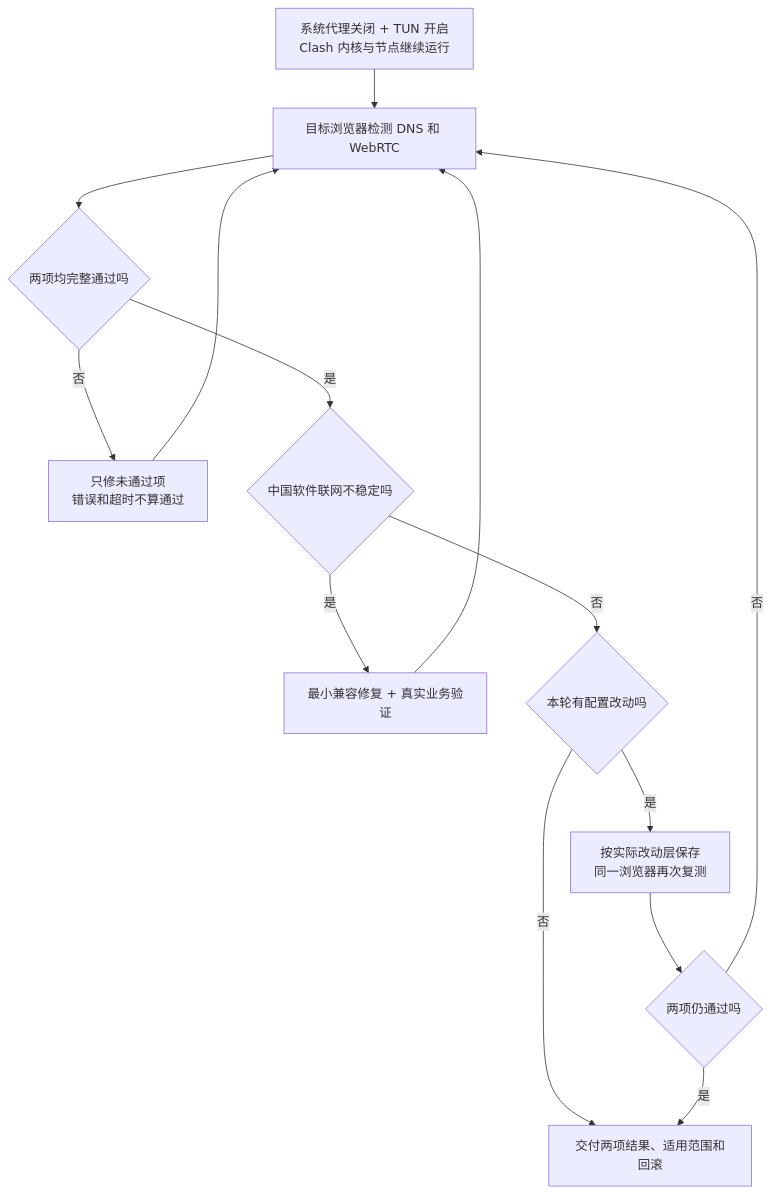
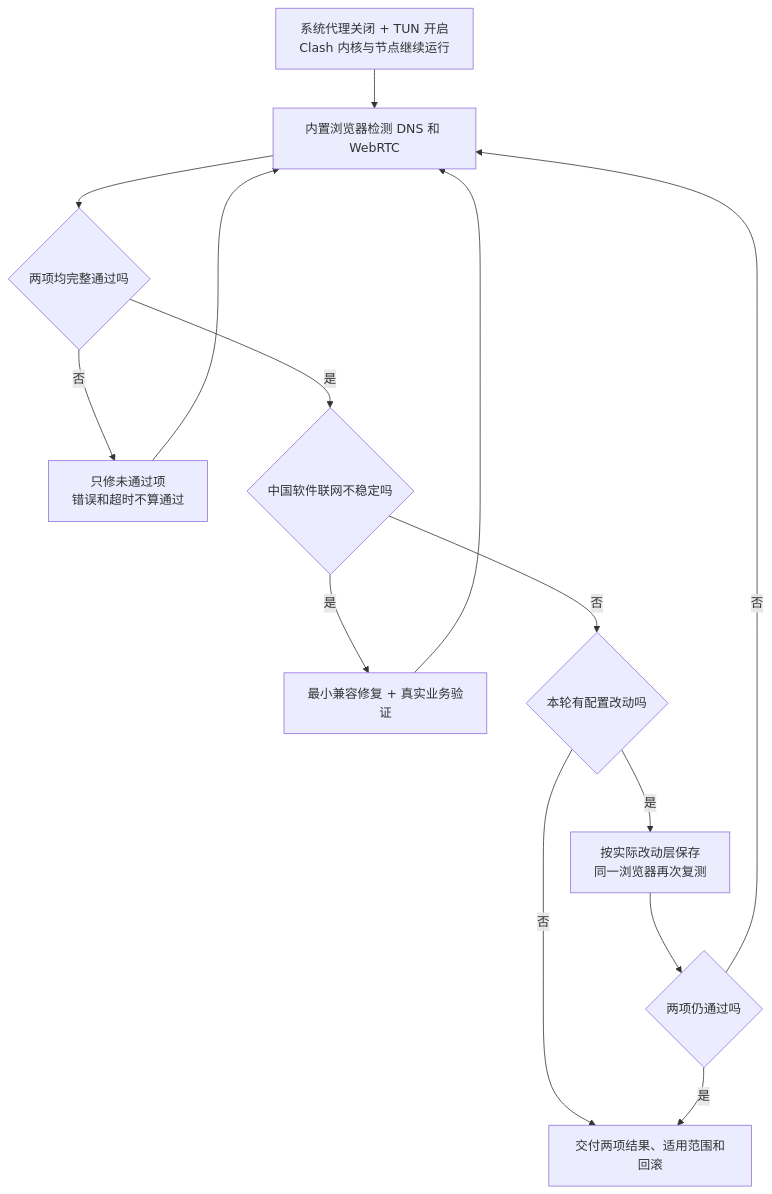
Before and after one commit to mariozhaofan-pixel/dns-proxy-guard: the diagram in README.md, drawn with Mermaid. The commit also changed other lines of this file and 7 other files, not shown here.

````diff
--- a/README.md
+++ b/README.md
@@ -14,16 +14,16 @@
 ```mermaid
 flowchart TD
-  A[系统代理关闭 + TUN 开启\nClash 内核与节点继续运行] --> B[目标浏览器检测 DNS 和 WebRTC]
+  A[系统代理关闭 + TUN 开启\nClash 内核与节点继续运行] --> B[内置浏览器检测 DNS 和 WebRTC]
   B --> C{两项均完整通过吗}
   C -->|否| R[只修未通过项\n错误和超时不算通过]
   R --> B
   C -->|是| D{中国软件联网不稳定吗}
   D -->|是| E[最小兼容修复 + 真实业务验证]
   E --> B
   D -->|否| F{本轮有配置改动吗}
   F -->|否| G[交付两项结果、适用范围和回滚]
   F -->|是| H[按实际改动层保存\n同一浏览器再次复测]
   H --> I{两项仍通过吗}
   I -->|是| G
   I -->|否| B
 ```
````
